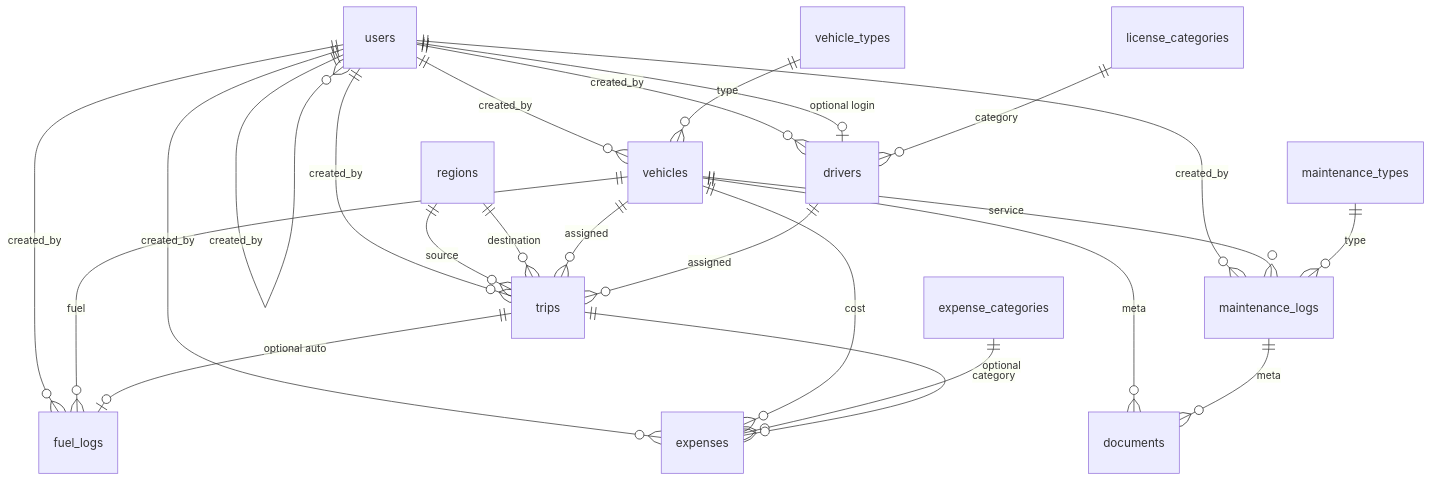
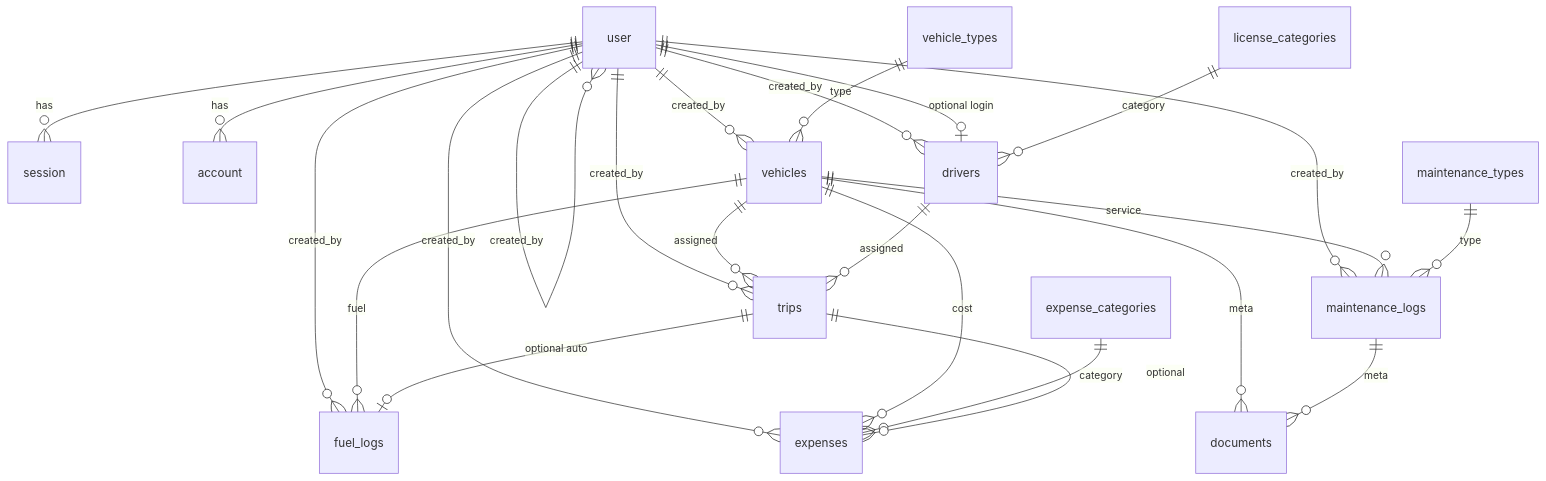
Before and after one commit to Chaudhari0707/transit-ops: the diagram in docs/architecture/02-database-schema.md, drawn with Mermaid. The commit also changed other lines of this file and 10 other files, not shown here.

First line of the commit message:
Refactor architecture documentation for TransitOps

````diff
--- a/docs/architecture/02-database-schema.md
+++ b/docs/architecture/02-database-schema.md
@@ -320,27 +401,27 @@
 ```mermaid
 erDiagram
-  users ||--o{ users : created_by
-  users ||--o{ vehicles : created_by
-  users ||--o{ drivers : created_by
-  users ||--o{ trips : created_by
-  users ||--o{ maintenance_logs : created_by
-  users ||--o{ fuel_logs : created_by
-  users ||--o{ expenses : created_by
-  users ||--o| drivers : "optional login"
+  user ||--o{ session : has
+  user ||--o{ account : has
+  user ||--o{ user : created_by
+  user ||--o{ vehicles : created_by
+  user ||--o{ drivers : created_by
+  user ||--o{ trips : created_by
+  user ||--o{ maintenance_logs : created_by
+  user ||--o{ fuel_logs : created_by
+  user ||--o{ expenses : created_by
+  user ||--o| drivers : "optional login"
 
   vehicle_types ||--o{ vehicles : type
   license_categories ||--o{ drivers : category
-  regions ||--o{ trips : source
-  regions ||--o{ trips : destination
   vehicles ||--o{ trips : assigned
   drivers ||--o{ trips : assigned
   vehicles ||--o{ maintenance_logs : service
   maintenance_types ||--o{ maintenance_logs : type
   vehicles ||--o{ fuel_logs : fuel
   trips ||--o| fuel_logs : "optional auto"
   vehicles ||--o{ expenses : cost
   expense_categories ||--o{ expenses : category
   trips ||--o{ expenses : optional
   vehicles ||--o{ documents : meta
   maintenance_logs ||--o{ documents : meta
 ```
````
